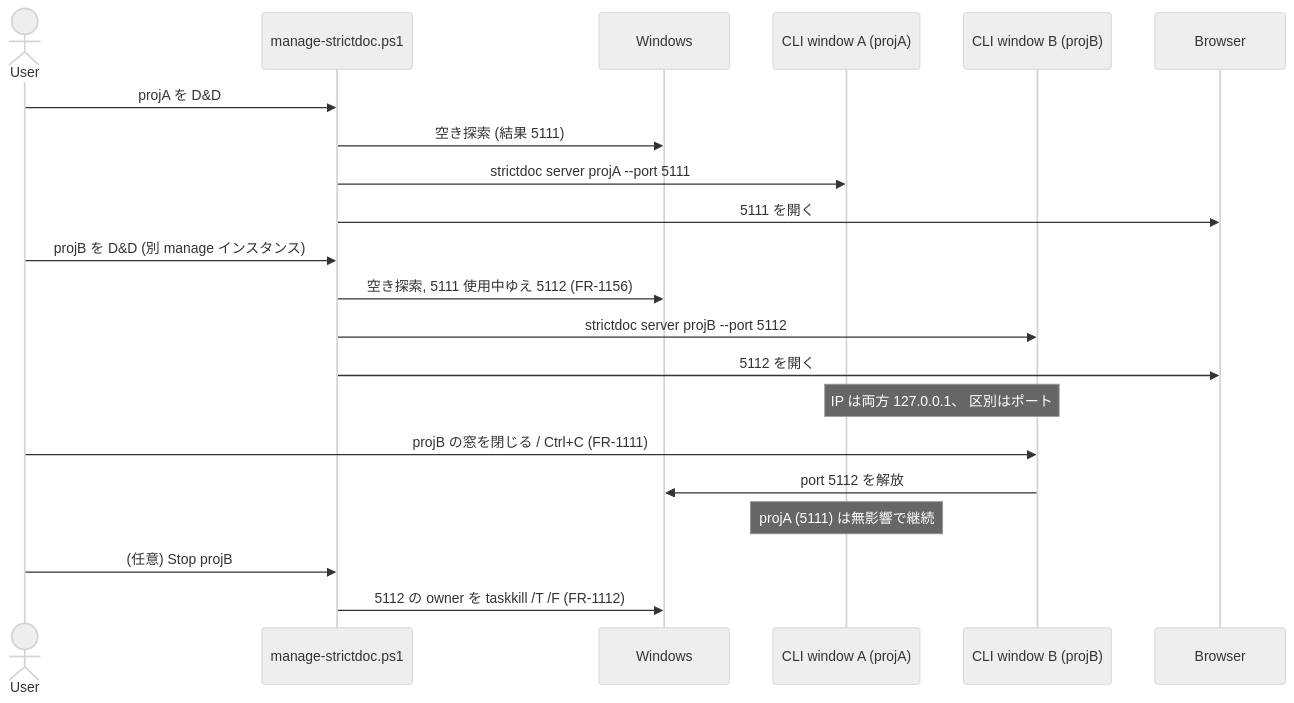
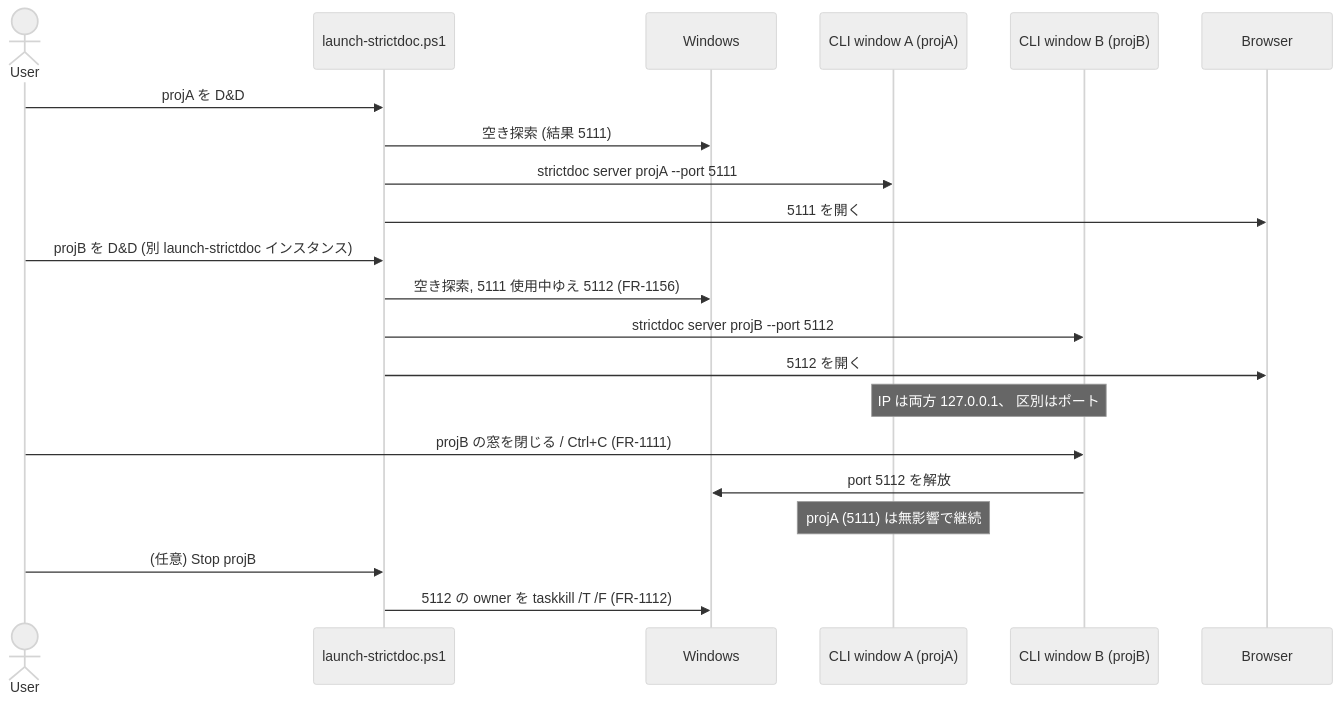
One commit to GoodRelax/StrictDocStarter changed the fourth of 6 diagrams in docs/serve-spec.md. Above: the diagram before and after it, drawn with Mermaid (neutral theme). The commit also changed other lines of this file and 9 other files, not shown here.

````diff
--- a/docs/serve-spec.md
+++ b/docs/serve-spec.md
@@ -1225,23 +1225,23 @@
 ```mermaid
 sequenceDiagram
     actor User
-    participant M as manage-strictdoc.ps1
+    participant M as launch-strictdoc.ps1
     participant OS as Windows
     participant A as CLI window A (projA)
     participant B as CLI window B (projB)
     participant BR as Browser
     User->>M: projA を D&D
     M->>OS: 空き探索 (結果 5111)
     M->>A: strictdoc server projA --port 5111
     M->>BR: 5111 を開く
-    User->>M: projB を D&D (別 manage インスタンス)
+    User->>M: projB を D&D (別 launch-strictdoc インスタンス)
     M->>OS: 空き探索, 5111 使用中ゆえ 5112 (FR-1156)
     M->>B: strictdoc server projB --port 5112
     M->>BR: 5112 を開く
     Note over A,B: IP は両方 127.0.0.1、 区別はポート
     User->>B: projB の窓を閉じる / Ctrl+C (FR-1111)
     B->>OS: port 5112 を解放
     Note over A: projA (5111) は無影響で継続
     User->>M: (任意) Stop projB
     M->>OS: 5112 の owner を taskkill /T /F (FR-1112)
 ```
````
